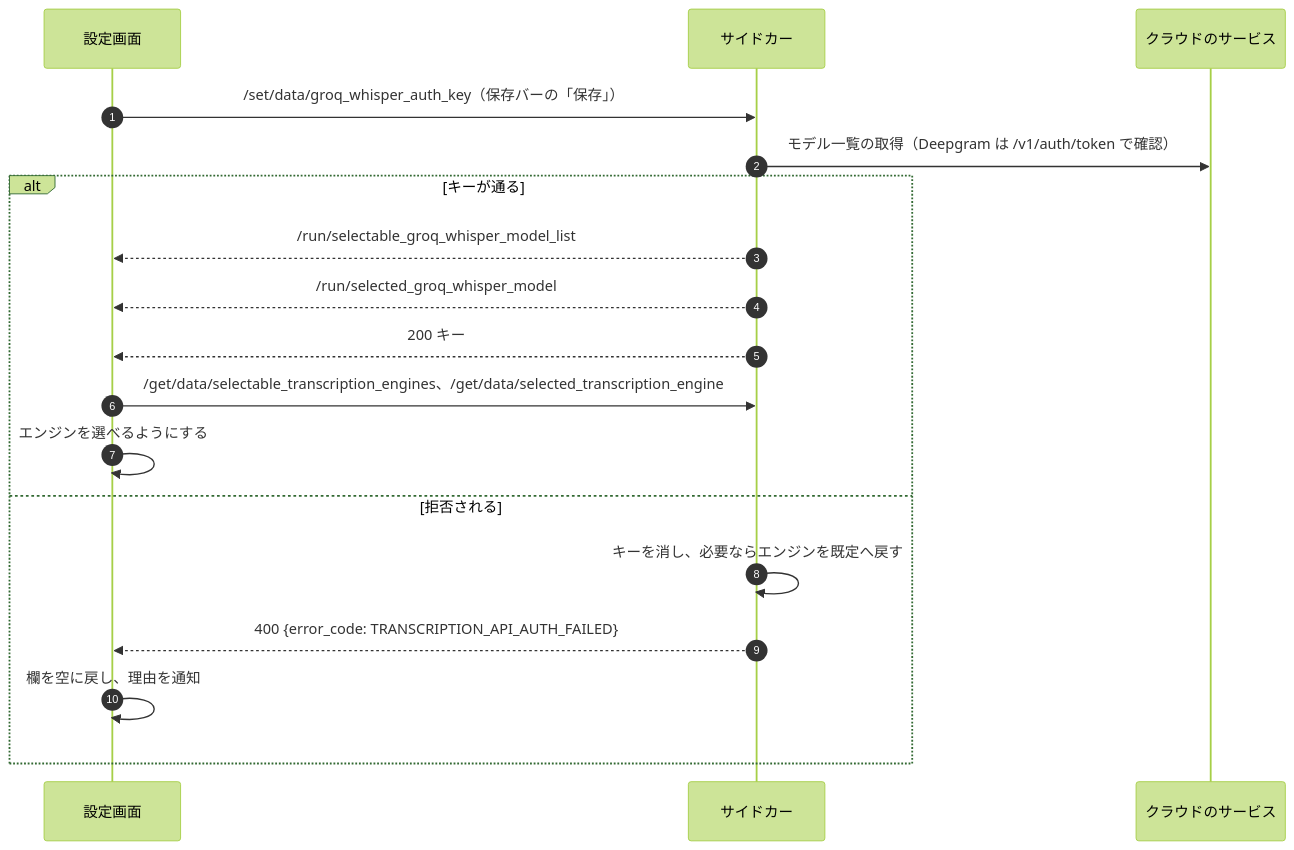
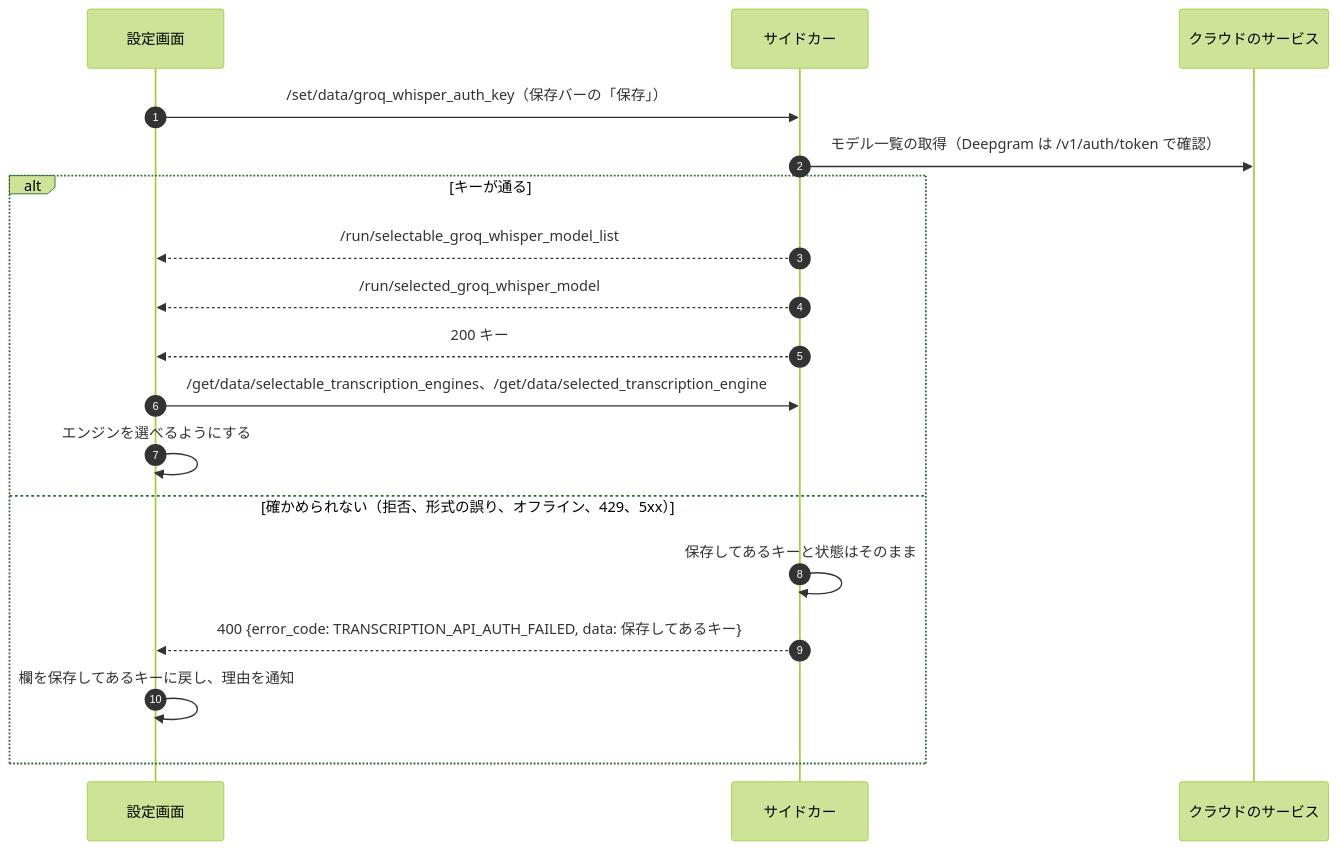
The seventh of 7 diagrams in docs/spec/sequences.md (kein5/VRCT-VOX), drawn with Mermaid (forest theme) before and after one commit. The commit also changed 6 other files, not shown here.

````diff
--- a/docs/spec/sequences.md
+++ b/docs/spec/sequences.md
@@ -190,20 +190,20 @@
 ```mermaid
 sequenceDiagram
   autonumber
   participant P as 設定画面
   participant S as サイドカー
   participant C as クラウドのサービス
   P->>S: /set/data/groq_whisper_auth_key（保存バーの「保存」）
   S->>C: モデル一覧の取得（Deepgram は /v1/auth/token で確認）
   alt キーが通る
     S-->>P: /run/selectable_groq_whisper_model_list
     S-->>P: /run/selected_groq_whisper_model
     S-->>P: 200 キー
     P->>S: /get/data/selectable_transcription_engines、/get/data/selected_transcription_engine
     P->>P: エンジンを選べるようにする
-  else 拒否される
-    S->>S: キーを消し、必要ならエンジンを既定へ戻す
-    S-->>P: 400 {error_code: TRANSCRIPTION_API_AUTH_FAILED}
-    P->>P: 欄を空に戻し、理由を通知
+  else 確かめられない（拒否、形式の誤り、オフライン、429、5xx）
+    S->>S: 保存してあるキーと状態はそのまま
+    S-->>P: 400 {error_code: TRANSCRIPTION_API_AUTH_FAILED, data: 保存してあるキー}
+    P->>P: 欄を保存してあるキーに戻し、理由を通知
   end
 ```
````
